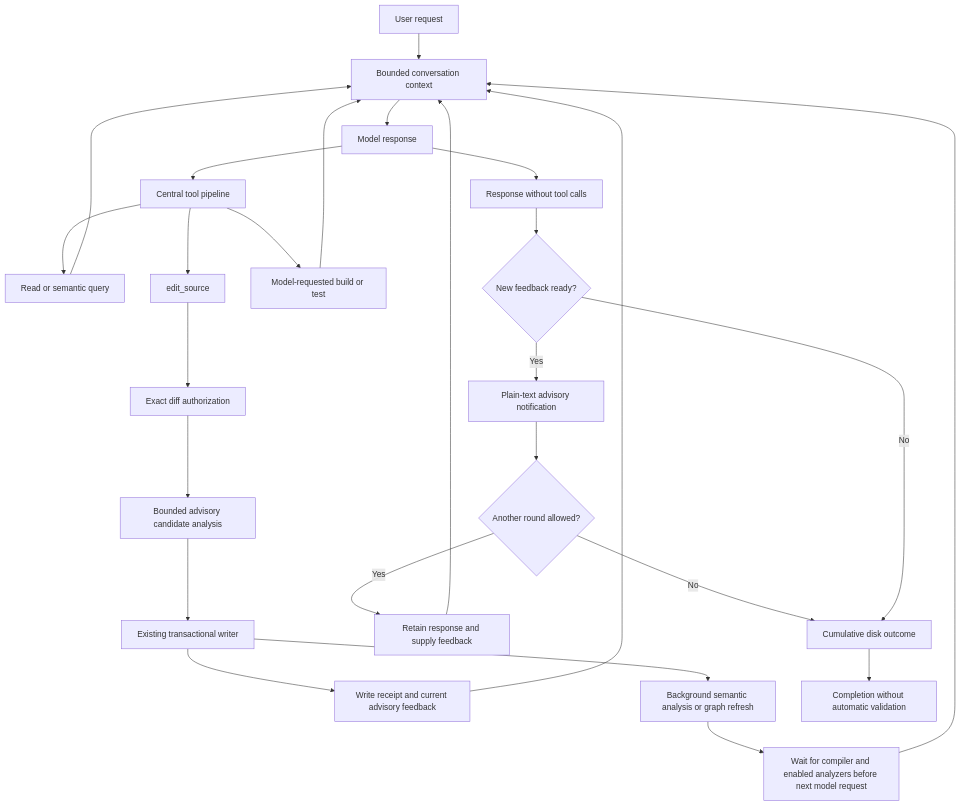
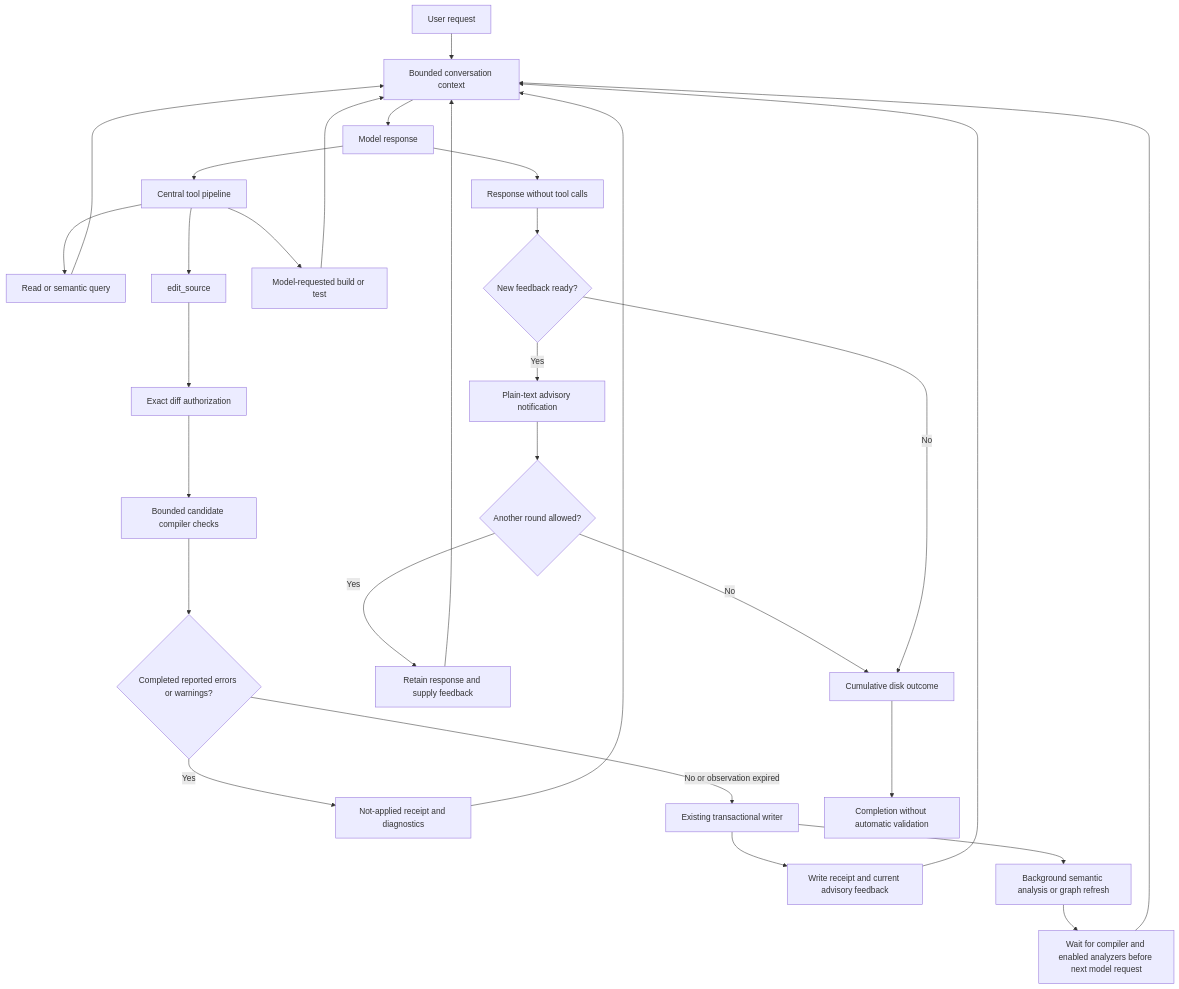
The diagram in docs/operations/conversation-loop.md (Threadsmith-NET/Threadsmith.NET), drawn with Mermaid before and after one commit. The commit also changed other lines of this file and 29 other files, not shown here.

First line of the commit message:
Add bounded pre-edit compiler checks

````diff
--- a/docs/operations/conversation-loop.md
+++ b/docs/operations/conversation-loop.md
@@ -9,28 +9,31 @@
 ```mermaid
 flowchart TD
     U[User request] --> C[Bounded conversation context]
     C --> M[Model response]
     M --> T[Central tool pipeline]
     T --> R[Read or semantic query]
     R --> C
     T --> E[edit_source]
     E --> A[Exact diff authorization]
-    A --> S[Bounded advisory candidate analysis]
-    S --> W[Existing transactional writer]
+    A --> S[Bounded candidate compiler checks]
+    S --> G{Completed reported errors or warnings?}
+    G -->|Yes| J[Not-applied receipt and diagnostics]
+    J --> C
+    G -->|No or observation expired| W[Existing transactional writer]
     W --> F[Write receipt and current advisory feedback]
     F --> C
     W --> B[Background semantic analysis or graph refresh]
     B --> P[Wait for compiler and enabled analyzers before next model request]
     P --> C
     M --> D[Response without tool calls]
     T --> V[Model-requested build or test]
     V --> C
     D --> Q{New feedback ready?}
     Q -->|Yes| N[Plain-text advisory notification]
     N --> L{Another round allowed?}
     L -->|Yes| H[Retain response and supply feedback]
     H --> C
     L -->|No| O[Cumulative disk outcome]
     Q -->|No| O
     O --> X[Completion without automatic validation]
 ```
````
